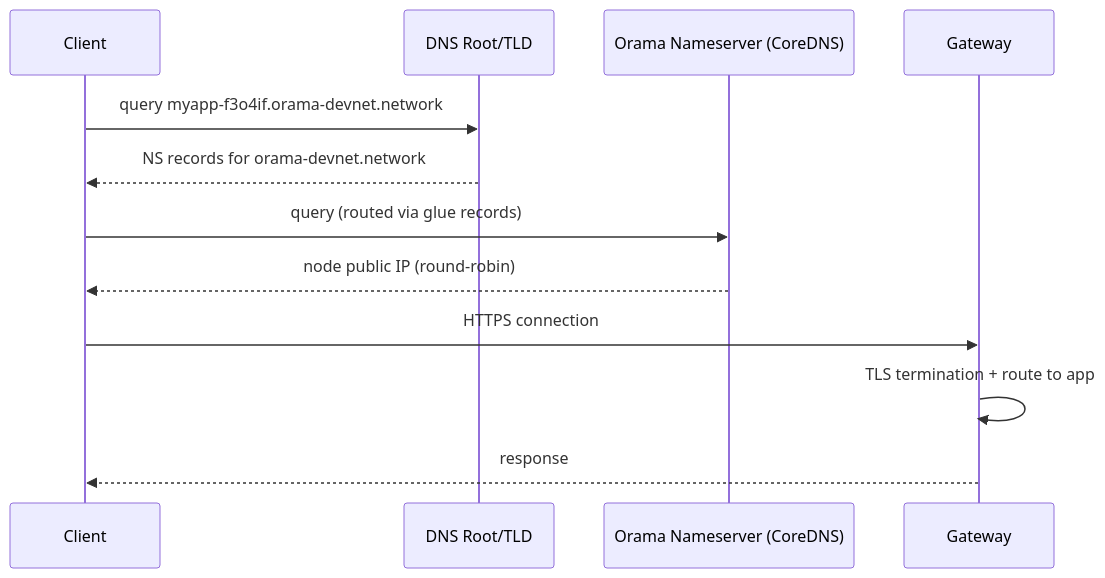
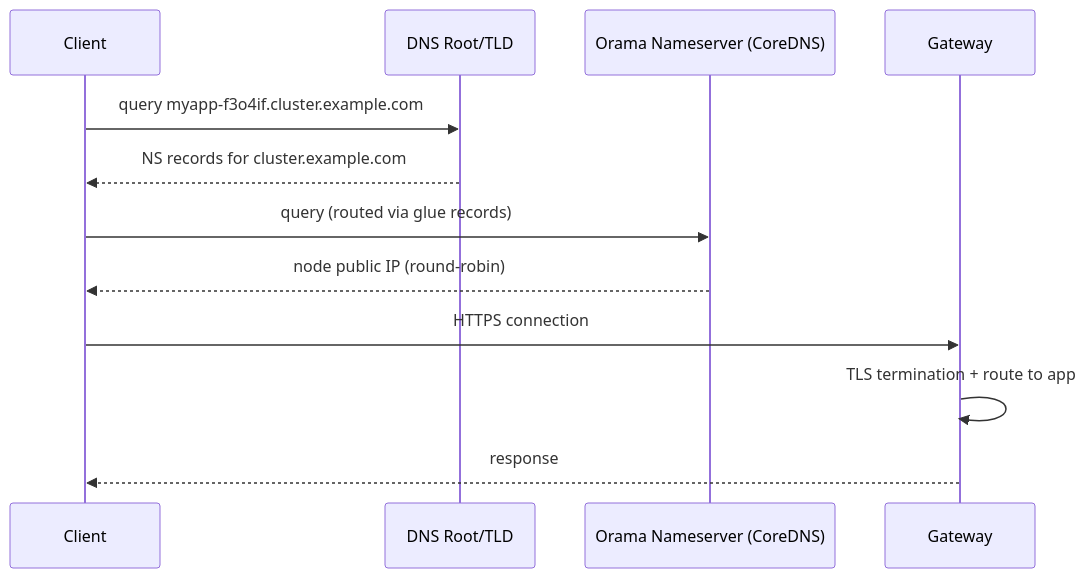
Before and after one commit to DeBrosDAO/orama: the second of 2 diagrams in website/src/docs/developer/domains.mdx, drawn with Mermaid. The commit also changed other lines of this file and 5 other files, not shown here.

````diff
--- a/website/src/docs/developer/domains.mdx
+++ b/website/src/docs/developer/domains.mdx
@@ -79,15 +73,15 @@
 ```mermaid
 sequenceDiagram
     participant C as Client
     participant DNS as DNS Root/TLD
     participant NS as Orama Nameserver (CoreDNS)
     participant GW as Gateway
 
-    C->>DNS: query myapp-f3o4if.orama-devnet.network
-    DNS-->>C: NS records for orama-devnet.network
+    C->>DNS: query myapp-f3o4if.cluster.example.com
+    DNS-->>C: NS records for cluster.example.com
     C->>NS: query (routed via glue records)
     NS-->>C: node public IP (round-robin)
     C->>GW: HTTPS connection
     GW->>GW: TLS termination + route to app
     GW-->>C: response
 ```
````
